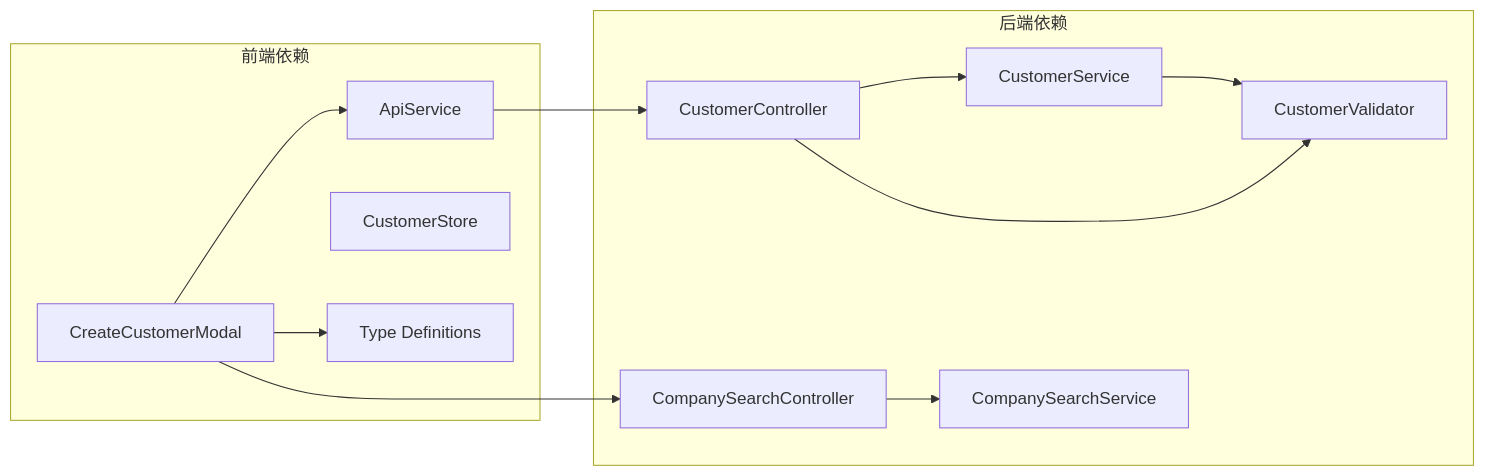
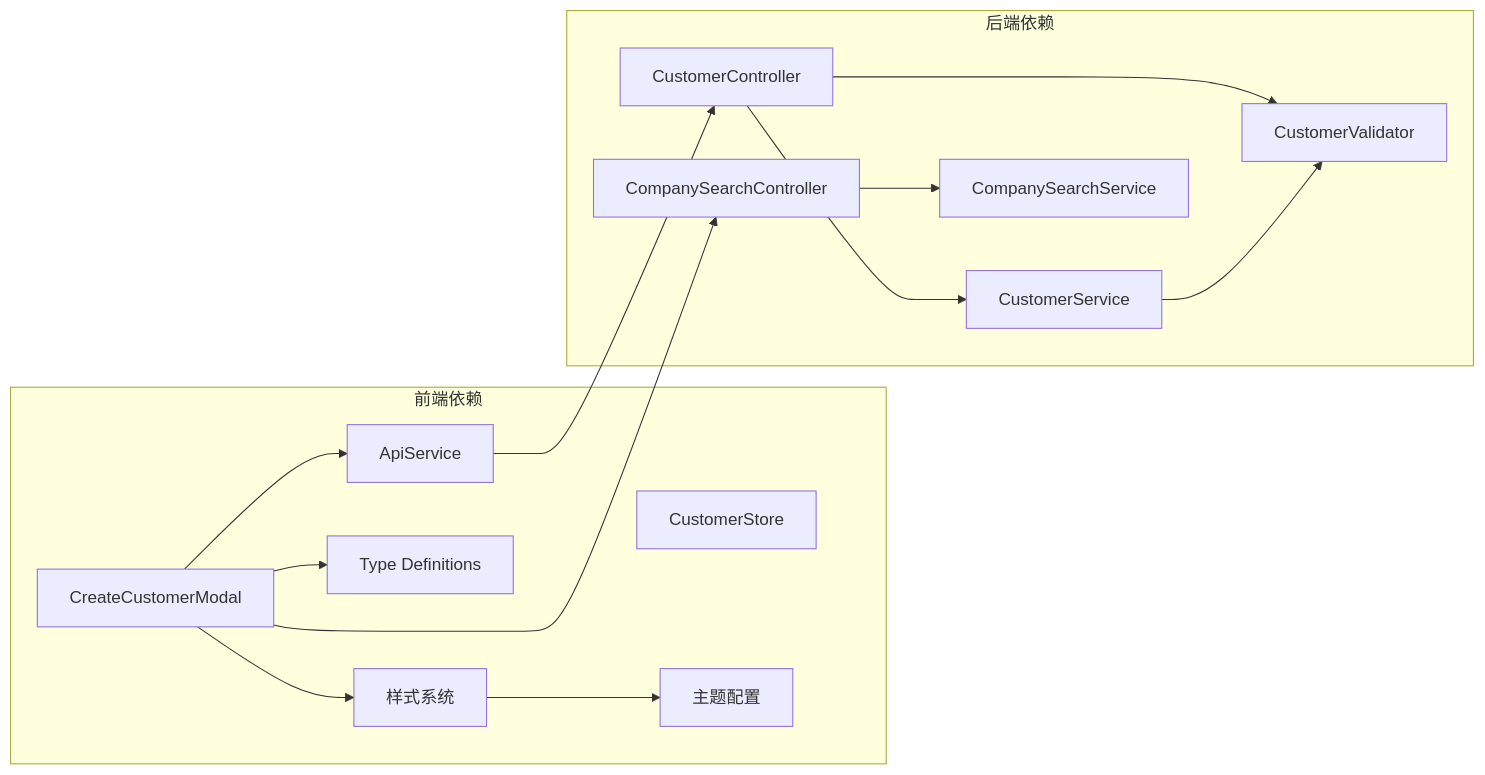
The eighth of 8 diagrams in .qoder/repowiki/zh/content/核心组件/客户创建模态框增强功能.md (xianjianshenqu/SalesFlow-CRM), drawn with Mermaid before and after one commit. The commit also changed other lines of this file and 11 other files, not shown here.

````diff
--- a/.qoder/repowiki/zh/content/核心组件/客户创建模态框增强功能.md
+++ b/.qoder/repowiki/zh/content/核心组件/客户创建模态框增强功能.md
@@ -337,24 +452,28 @@
 ```mermaid
 graph LR
 subgraph "前端依赖"
 CreateModal[CreateCustomerModal]
 ApiService[ApiService]
 CustomerStore[CustomerStore]
 TypeDefs[Type Definitions]
+Styles[样式系统]
+Theme[主题配置]
 end
 subgraph "后端依赖"
 CustomerController[CustomerController]
 CustomerService[CustomerService]
 CompanySearchController[CompanySearchController]
 CompanySearchService[CompanySearchService]
 CustomerValidator[CustomerValidator]
 end
 CreateModal --> ApiService
 CreateModal --> TypeDefs
+CreateModal --> Styles
+Styles --> Theme
 ApiService --> CustomerController
 CustomerController --> CustomerService
 CustomerController --> CustomerValidator
 CreateModal --> CompanySearchController
 CompanySearchController --> CompanySearchService
 CustomerService --> CustomerValidator
 ```
````
